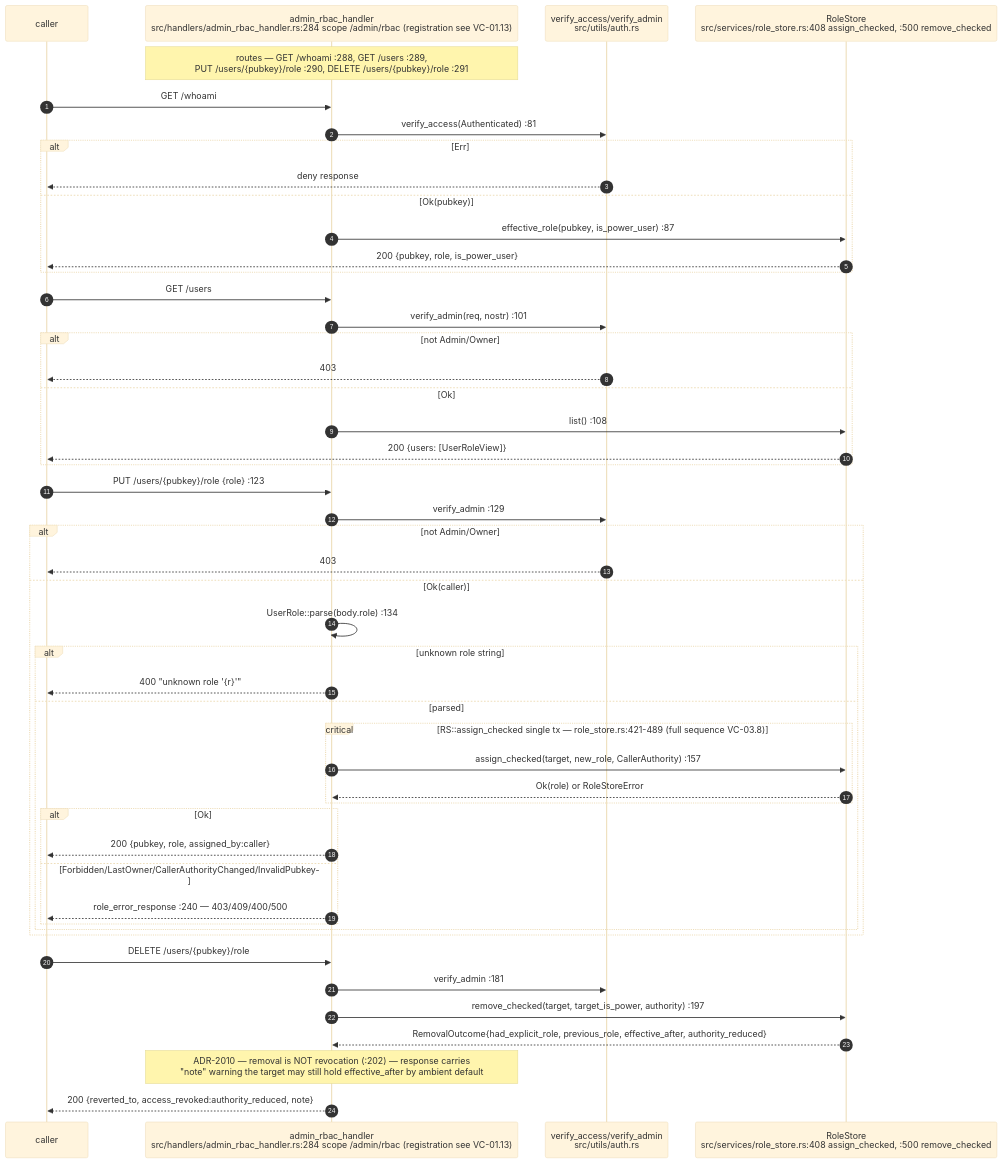
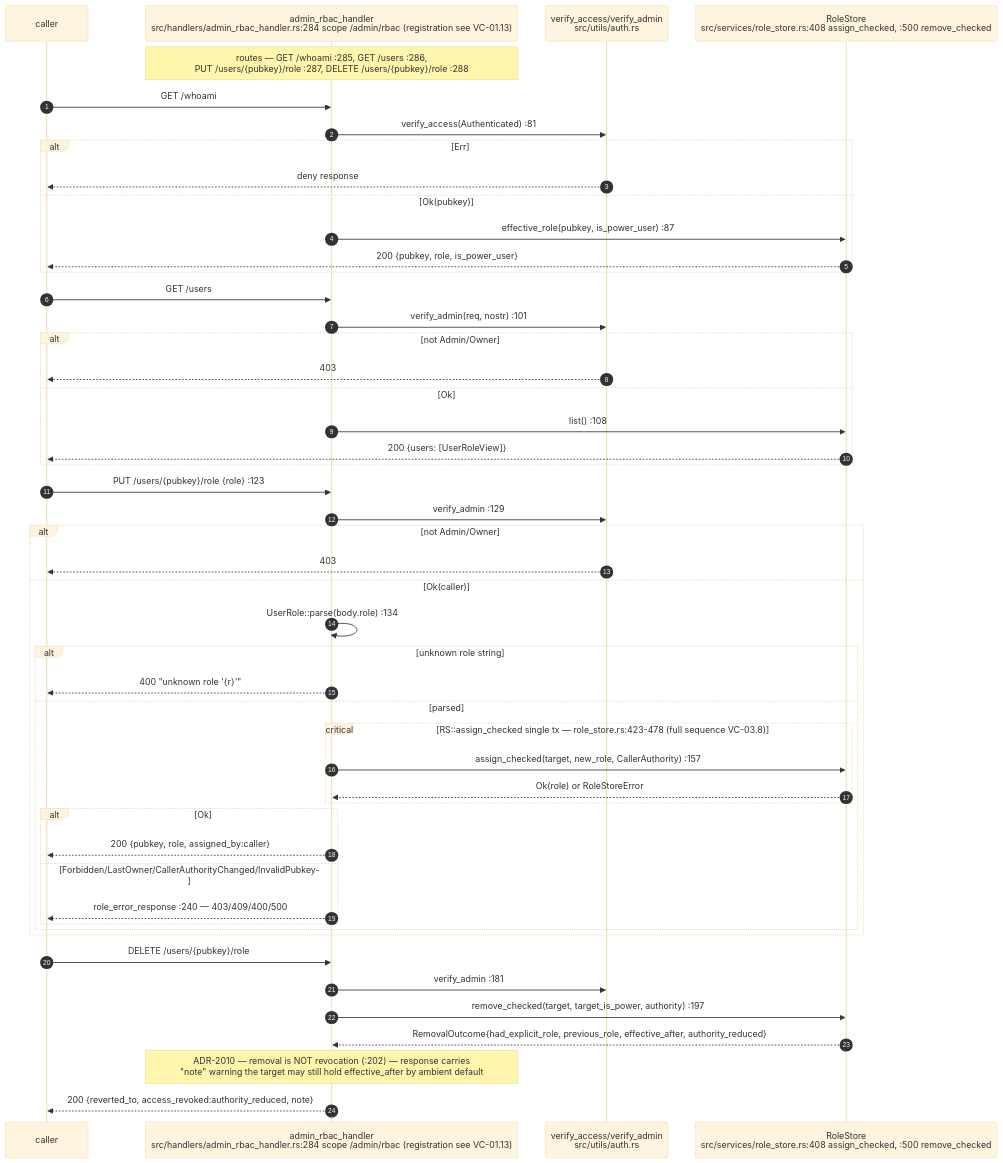
The first of 18 diagrams in docs/diagrams/visionclaw/05-handlers-governance-and-identity.md (DreamLab-AI/VisionFlow), drawn with Mermaid (base theme) before and after one commit. The commit also changed other lines of this file and 52 other files, not shown here.

First line of the commit message:
docs(diagrams): wave 3 checkpoint — bare line refs resolved, revision-pinned cite-check, VC-05/AB-01..13 re-attested

````diff
--- a/docs/diagrams/visionclaw/05-handlers-governance-and-identity.md
+++ b/docs/diagrams/visionclaw/05-handlers-governance-and-identity.md
@@ -62,52 +63,52 @@
 ```mermaid
 sequenceDiagram
     autonumber
     participant C as caller
     participant H as admin_rbac_handler<br/>src/handlers/admin_rbac_handler.rs:284 scope /admin/rbac (registration see VC-01.13)
     participant VA as verify_access/verify_admin<br/>src/utils/auth.rs
     participant RS as RoleStore<br/>src/services/role_store.rs:408 assign_checked, :500 remove_checked
 
-    Note over H: routes — GET /whoami :288, GET /users :289,<br/>PUT /users/{pubkey}/role :290, DELETE /users/{pubkey}/role :291
+    Note over H: routes — GET /whoami :285, GET /users :286,<br/>PUT /users/{pubkey}/role :287, DELETE /users/{pubkey}/role :288
     C->>H: GET /whoami
     H->>VA: verify_access(Authenticated) :81
     alt Err
         VA-->>C: deny response
     else Ok(pubkey)
         H->>RS: effective_role(pubkey, is_power_user) :87
         RS-->>C: 200 {pubkey, role, is_power_user}
     end
     C->>H: GET /users
     H->>VA: verify_admin(req, nostr) :101
     alt not Admin/Owner
         VA-->>C: 403
     else Ok
         H->>RS: list() :108
         RS-->>C: 200 {users: [UserRoleView]}
     end
     C->>H: PUT /users/{pubkey}/role {role} :123
     H->>VA: verify_admin :129
     alt not Admin/Owner
         VA-->>C: 403
     else Ok(caller)
         H->>H: UserRole::parse(body.role) :134
         alt unknown role string
             H-->>C: 400 "unknown role '{r}'"
         else parsed
-            critical RS::assign_checked single tx — role_store.rs:421-489 (full sequence VC-03.8)
+            critical RS::assign_checked single tx — role_store.rs:423-478 (full sequence VC-03.8)
                 H->>RS: assign_checked(target, new_role, CallerAuthority) :157
                 RS-->>H: Ok(role) or RoleStoreError
             end
             alt Ok
                 H-->>C: 200 {pubkey, role, assigned_by:caller}
             else Forbidden/LastOwner/CallerAuthorityChanged/InvalidPubkey
                 H-->>C: role_error_response :240 — 403/409/400/500
             end
         end
     end
     C->>H: DELETE /users/{pubkey}/role
     H->>VA: verify_admin :181
     H->>RS: remove_checked(target, target_is_power, authority) :197
     RS-->>H: RemovalOutcome{had_explicit_role, previous_role, effective_after, authority_reduced}
     Note over H: ADR-2010 — removal is NOT revocation (:202) — response carries<br/>"note" warning the target may still hold effective_after by ambient default
     H-->>C: 200 {reverted_to, access_revoked:authority_reduced, note}
 ```
````
